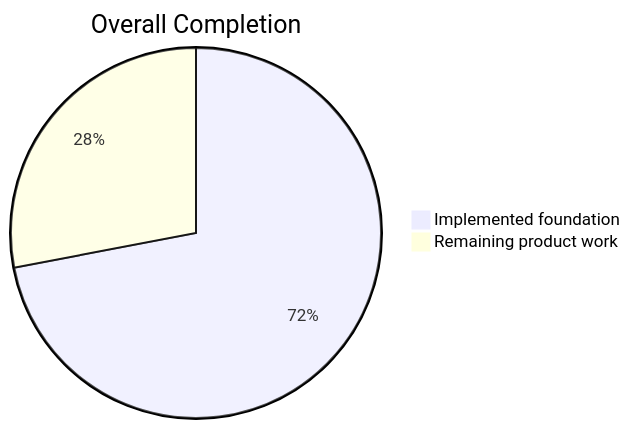
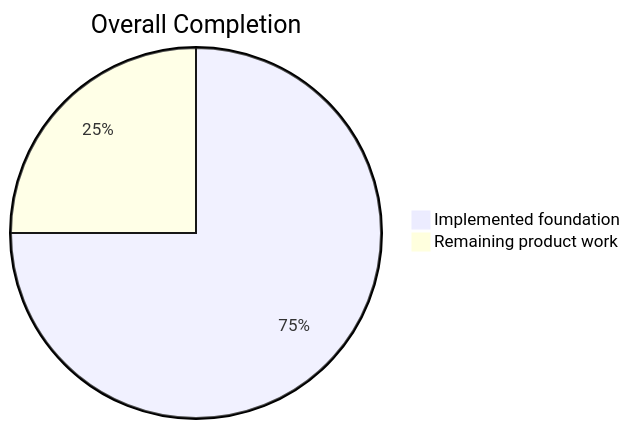
The first of 5 diagrams in README.md (lingmulongtai/GlyphRay), drawn with Mermaid before and after one commit. The commit also changed other lines of this file and 52 other files, not shown here.

````diff
--- a/README.md
+++ b/README.md
@@ -15,5 +15,5 @@
 ```mermaid
 pie title Overall Completion
-  "Implemented foundation" : 72
-  "Remaining product work" : 28
+  "Implemented foundation" : 75
+  "Remaining product work" : 25
 ```
````
